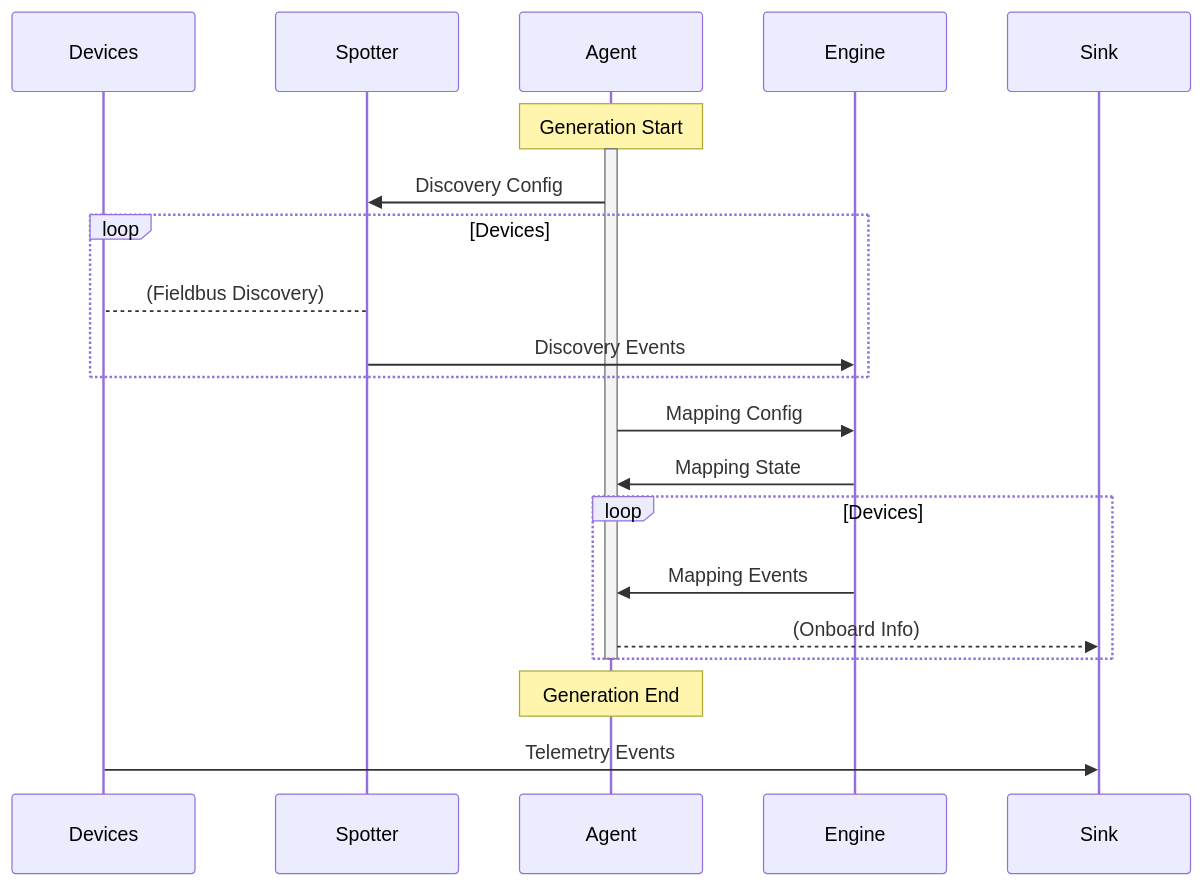
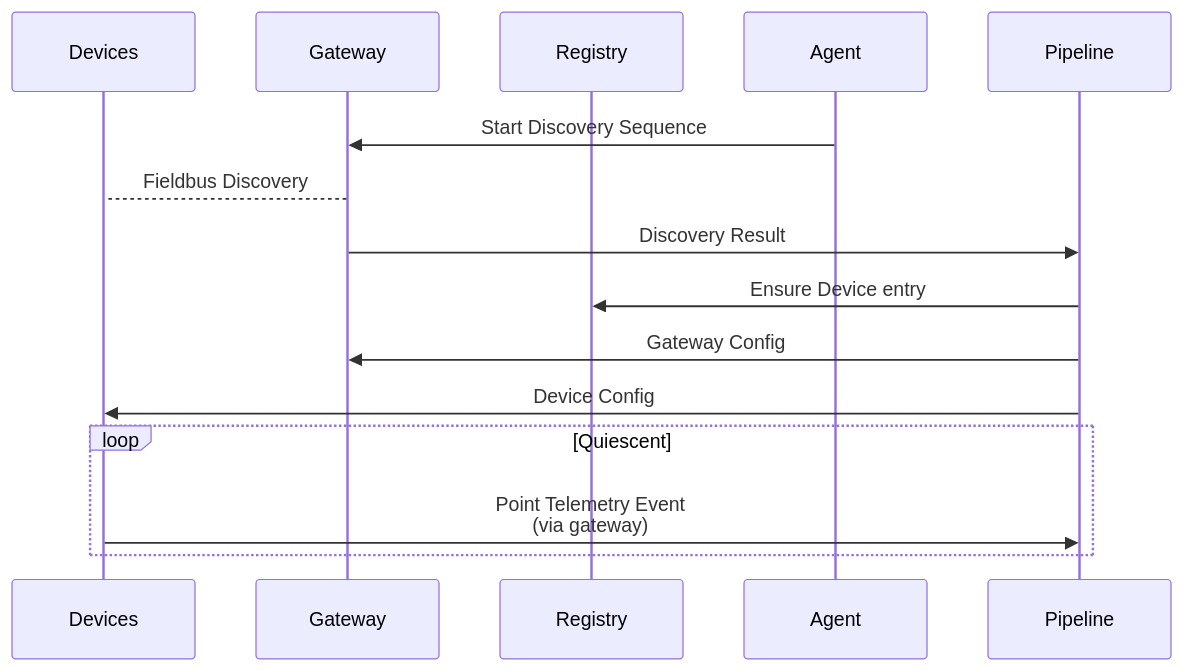
The second of 2 diagrams in docs/specs/onboarding.md (faucetsdn/udmi), drawn with Mermaid before and after one commit. The commit also changed other lines of this file and 74 other files, not shown here.

````diff
--- a/docs/specs/onboarding.md
+++ b/docs/specs/onboarding.md
@@ -31,24 +90,18 @@
 ```mermaid
+%%{wrap}%%
 sequenceDiagram
   participant Devices
-  participant Spotter
+  participant Gateway
+  participant Registry
   participant Agent
-  participant Engine
-  participant Sink
-  Note over Agent: Generation Start
-  activate Agent
-  Agent->>Spotter: Discovery Config
-  loop Devices
-    Spotter-->Devices: (Fieldbus Discovery)
-    Spotter->>Engine: Discovery Events
+  participant Pipeline
+  Agent->>Gateway: Start Discovery Sequence
+  Gateway-->Devices: Fieldbus Discovery
+  Gateway->>Pipeline: Discovery Result
+  Pipeline->>Registry: Ensure Device entry
+  Pipeline->>Gateway: Gateway Config
+  Pipeline->>Devices: Device Config
+  loop Quiescent
+    Devices->>Pipeline: Point Telemetry Event<br/>(via gateway)
   end
-  Agent->>Engine: Mapping Config
-  Engine->>Agent: Mapping State
-  loop Devices
-    Engine->>Agent: Mapping Events
-    Agent-->>Sink: (Onboard Info)
-  end
-  deactivate Agent
-  Note over Agent: Generation End
-  Devices->>Sink: Telemetry Events
 ```
````
